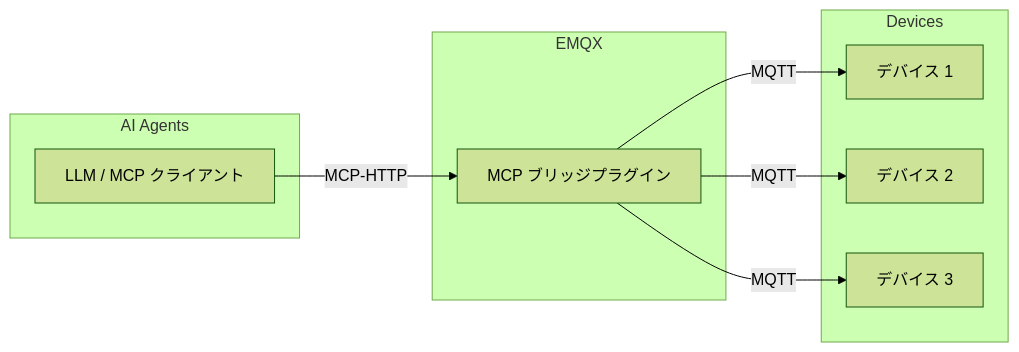
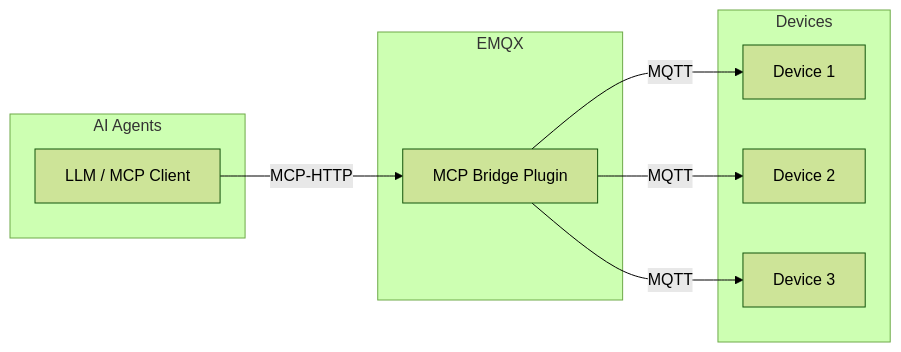
The first of 3 diagrams in ja_JP/emqx-ai/mcp-bridge/overview.md (emqx/emqx-docs), drawn with Mermaid (forest theme) before and after one commit. The commit also changed other lines of this file and 71 other files, not shown here.

````diff
--- a/ja_JP/emqx-ai/mcp-bridge/overview.md
+++ b/ja_JP/emqx-ai/mcp-bridge/overview.md
@@ -15,18 +11,18 @@
 ```mermaid
 graph LR
     subgraph "EMQX"
-        MB[MCP ブリッジプラグイン]
+        MB[MCP Bridge Plugin]
     end
     subgraph "AI Agents"
-        M1[LLM / MCP クライアント]
+        M1[LLM / MCP Client]
         M1 --> |MCP-HTTP| MB
     end
     subgraph "Devices"
-        D1[デバイス 1]
-        D2[デバイス 2]
-        D3[デバイス 3]
+        D1[Device 1]
+        D2[Device 2]
+        D3[Device 3]
         MB --> |MQTT| D1
         MB --> |MQTT| D2
         MB --> |MQTT| D3
     end
 ```
````
